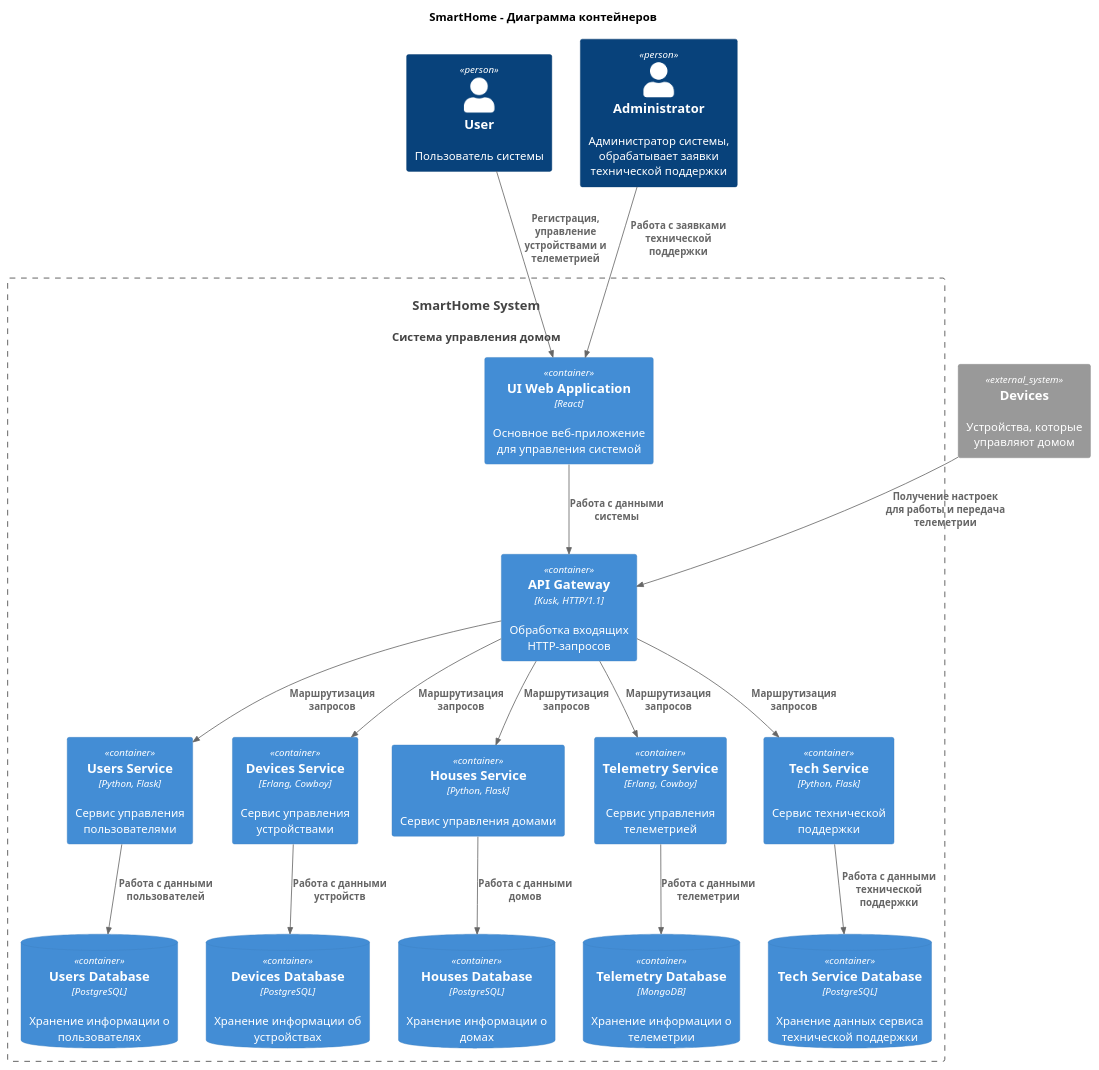
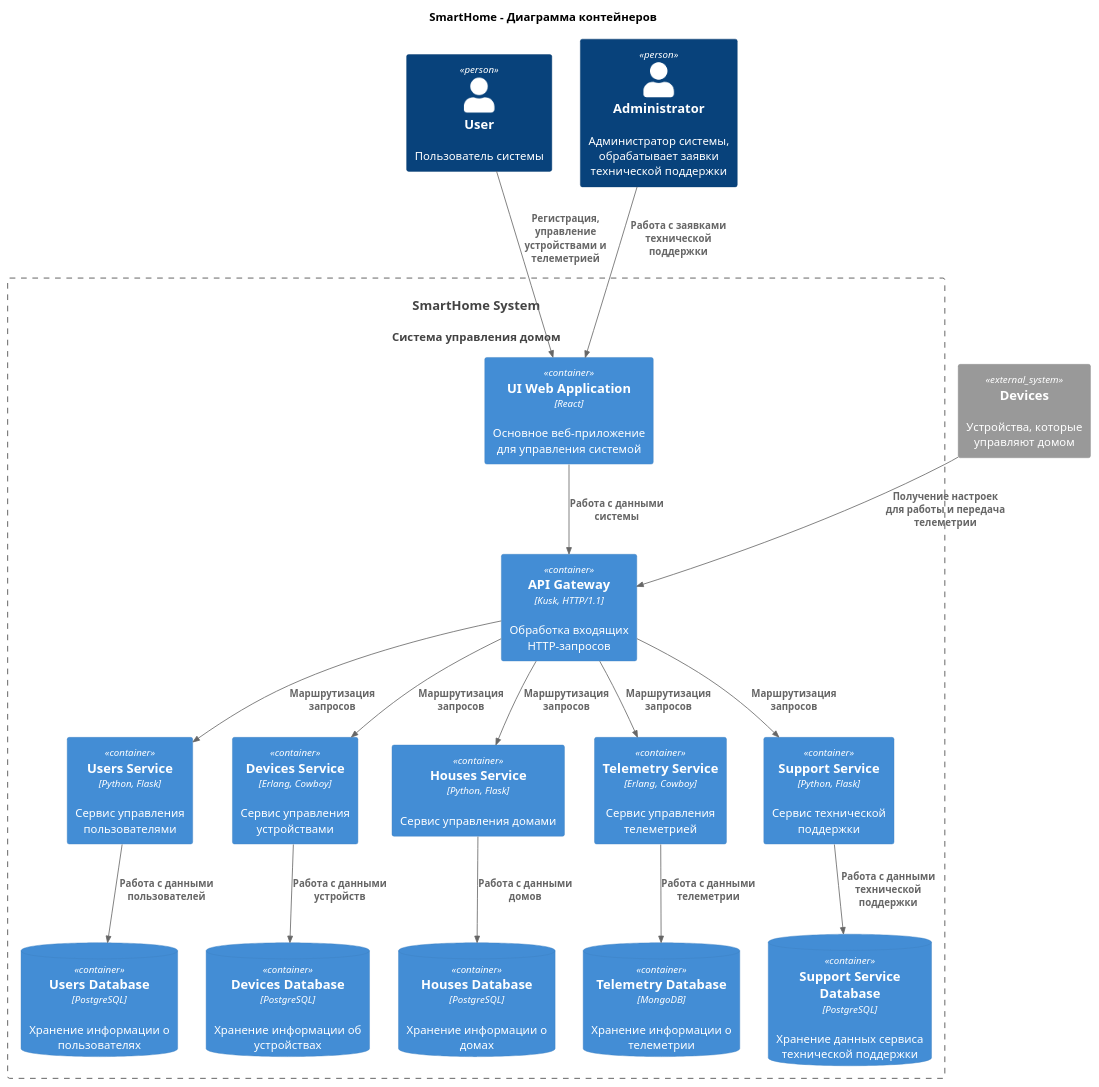
The diagram in diagrams/Container.puml (snakeduse/architecture-sprint-3), drawn with PlantUML before and after one commit. The commit also changed 2 other files, not shown here.

Commit message:
docs: Переименовал сервис TechService в Support Service

```diff
--- a/diagrams/Container.puml
+++ b/diagrams/Container.puml
@@ -1,54 +1,54 @@
 @startuml
 title SmartHome - Диаграмма контейнеров
 
 top to bottom direction
 
 !include ./c4_source/C4_Container.puml
 
 Person(user, "User", "Пользователь системы")
 Person(admin, "Administrator", "Администратор системы, обрабатывает заявки технической поддержки")
 System_Ext(devices_ext, "Devices", "Устройства, которые управляют домом")
 System(SmartHomeSystem, "SmartHome System", "Система управления домом")
 
 Container_Boundary(SmartHomeSystem, "SmartHome System") {
   Container(web_app, "UI Web Application", "React", "Основное веб-приложение для управления системой")
   Container(api_gateway, "API Gateway", "Kusk, HTTP/1.1", "Обработка входящих HTTP-запросов")
 
   Container(users_service, "Users Service", "Python, Flask", "Сервис управления пользователями")
   ContainerDb(users_database, "Users Database", "PostgreSQL", "Хранение информации о пользователях")
 
   Container(devices_service, "Devices Service", "Erlang, Cowboy", "Сервис управления устройствами")
   ContainerDb(devices_database, "Devices Database", "PostgreSQL", "Хранение информации об устройствах")
 
   Container(houses_service, "Houses Service", "Python, Flask", "Сервис управления домами")
   ContainerDb(houses_database, "Houses Database", "PostgreSQL", "Хранение информации о домах")
 
   Container(telemetry_service, "Telemetry Service", "Erlang, Cowboy", "Сервис управления телеметрией")
   ContainerDb(telemetry_database, "Telemetry Database", "MongoDB", "Хранение информации о телеметрии")
 
-  Container(tech_service, "Tech Service", "Python, Flask", "Сервис технической поддержки")
-  ContainerDb(tech_database, "Tech Service Database", "PostgreSQL", "Хранение данных сервиса технической поддержки")
+  Container(support_service, "Support Service", "Python, Flask", "Сервис технической поддержки")
+  ContainerDb(support_database, "Support Service Database", "PostgreSQL", "Хранение данных сервиса технической поддержки")
 }
 
 Rel(web_app, api_gateway, "Работа с данными системы")
 
 Rel(user, web_app, "Регистрация, управление устройствами и телеметрией")
 Rel(admin, web_app, "Работа с заявками технической поддержки")
 Rel(devices_ext, api_gateway, "Получение настроек для работы и передача телеметрии")
 
 Rel(api_gateway, users_service, "Маршрутизация запросов")
 Rel(users_service, users_database, "Работа с данными пользователей")
 
 Rel(api_gateway, devices_service, "Маршрутизация запросов")
 Rel(devices_service, devices_database, "Работа с данными устройств")
 
 Rel(api_gateway, houses_service, "Маршрутизация запросов")
 Rel(houses_service, houses_database, "Работа с данными домов")
 
 Rel(api_gateway, telemetry_service, "Маршрутизация запросов")
 Rel(telemetry_service, telemetry_database, "Работа с данными телеметрии")
 
-Rel(api_gateway, tech_service, "Маршрутизация запросов")
-Rel(tech_service, tech_database, "Работа с данными технической поддержки")
+Rel(api_gateway, support_service, "Маршрутизация запросов")
+Rel(support_service, support_database, "Работа с данными технической поддержки")
 
 @enduml
```
